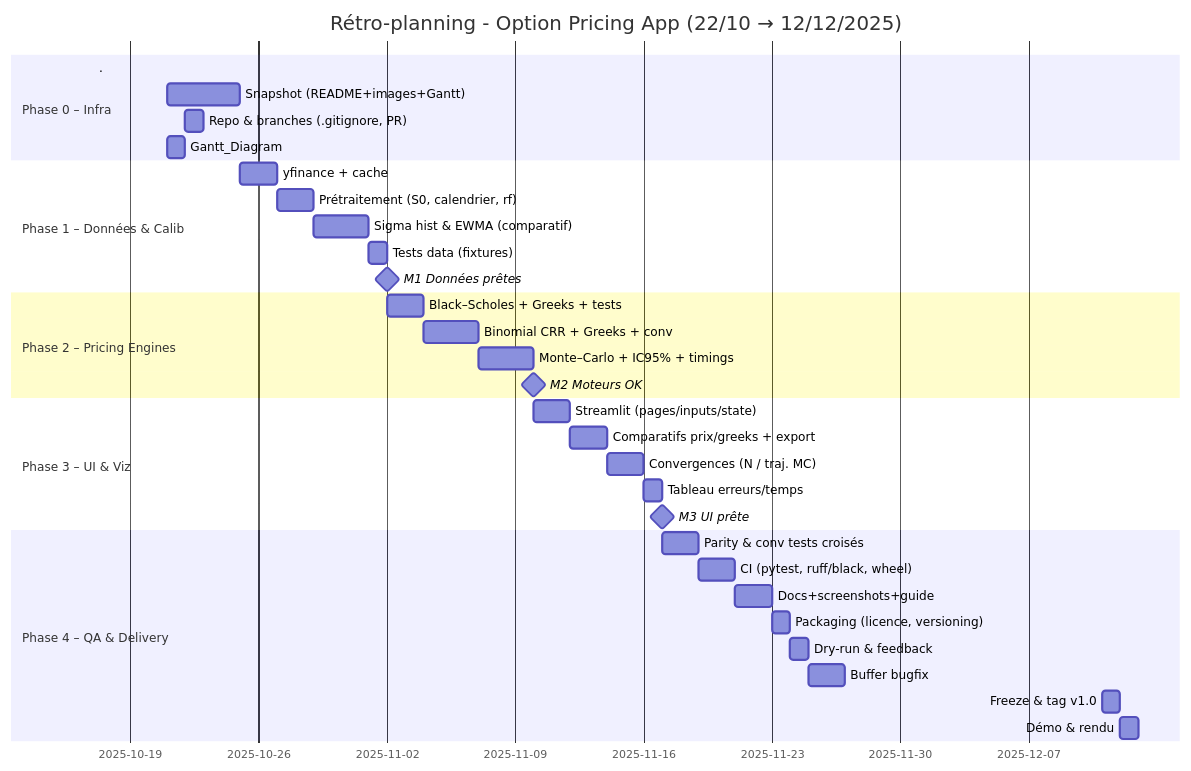
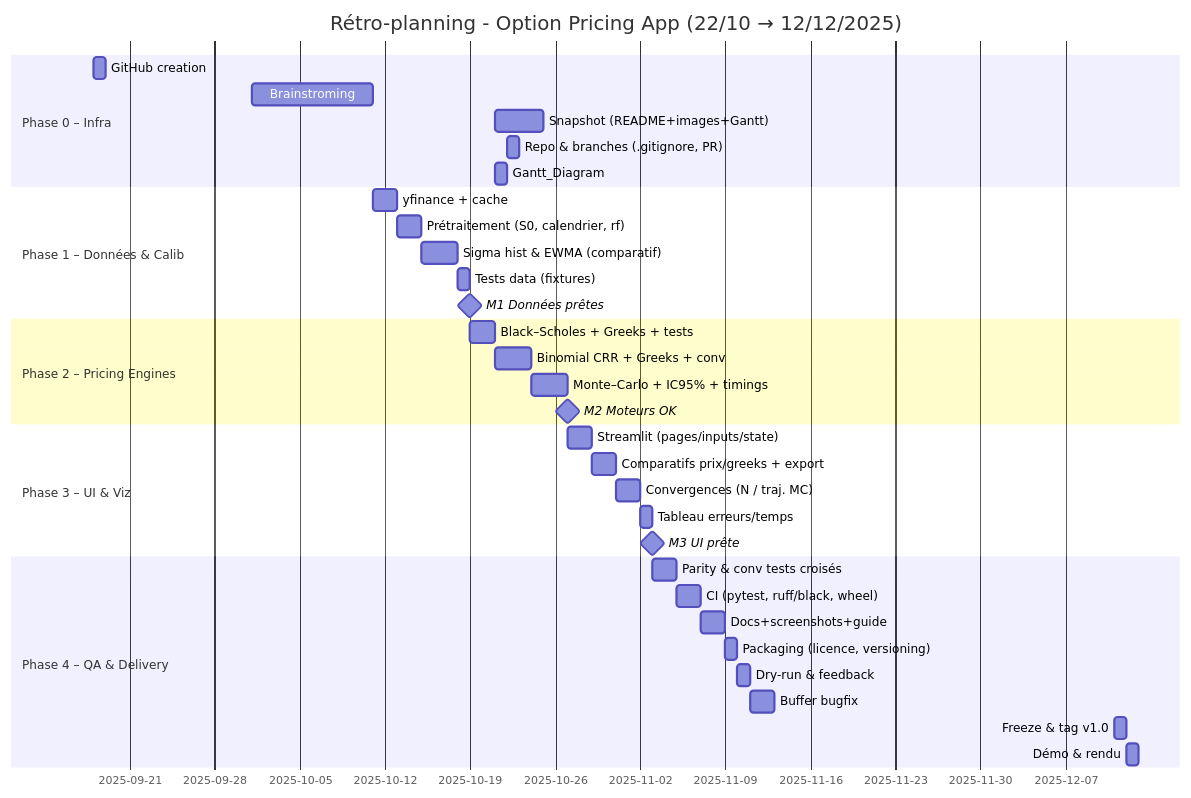
One commit to Karam-Benameur/stream_options changed the diagram in roadmap/Gantt_Diagram.md. Above: the diagram before and after it, drawn with Mermaid.

````diff
--- a/roadmap/Gantt_Diagram.md
+++ b/roadmap/Gantt_Diagram.md
@@ -1,44 +1,45 @@
 ```mermaid
 gantt
     title Rétro-planning - Option Pricing App (22/10 → 12/12/2025)
     dateFormat  YYYY-MM-DD
     %% aucune exclusion -> pas de bandes jaunes
 
     section Phase 0 – Infra
-    .                                   :s1, 2025-10-17, 0d
-    Snapshot (README+images+Gantt)      :s2, 2025-10-21, 4d
-    Repo & branches (.gitignore, PR)    :s3, 2025-10-22, 1d
-    Gantt_Diagram                       :s4, 2025-10-21, 1d
+    GitHub creation                     :s1, 2025-09-18, 1d
+    Brainstroming                       :s2, 2025-10-01, 10d
+    Snapshot (README+images+Gantt)      :s3, 2025-10-21, 4d
+    Repo & branches (.gitignore, PR)    :s4, 2025-10-22, 1d
+    Gantt_Diagram                       :s5, 2025-10-21, 1d
 
     section Phase 1 – Données & Calib
     yfinance + cache                     :d1, after s2, 2d
     Prétraitement (S0, calendrier, rf)   :d2, after d1, 2d
     Sigma hist & EWMA (comparatif)       :d3, after d2, 3d
     Tests data (fixtures)                :d4, after d3, 1d
     M1 Données prêtes                    :milestone, m1, after d4, 0d
 
     section Phase 2 – Pricing Engines
     Black–Scholes + Greeks + tests       :p1, after m1, 2d
     Binomial CRR + Greeks + conv         :p2, after p1, 3d
     Monte–Carlo + IC95% + timings        :p3, after p2, 3d
     M2 Moteurs OK                        :milestone, m2, after p3, 0d
 
     section Phase 3 – UI & Viz
     Streamlit (pages/inputs/state)       :u1, after m2, 2d
     Comparatifs prix/greeks + export     :u2, after u1, 2d
     Convergences (N / traj. MC)          :u3, after u2, 2d
     Tableau erreurs/temps                :u4, after u3, 1d
     M3 UI prête                          :milestone, m3, after u4, 0d
 
     section Phase 4 – QA & Delivery
     Parity & conv tests croisés          :q1, after m3, 2d
     CI (pytest, ruff/black, wheel)       :q2, after q1, 2d
     Docs+screenshots+guide               :q3, after q2, 2d
     Packaging (licence, versioning)      :q4, after q3, 1d
     Dry-run & feedback                   :q5, after q4, 1d
     Buffer bugfix                        :q6, after q5, 2d
     Freeze & tag v1.0                    :rel, 2025-12-11, 1d
     Démo & rendu                         :fin, 2025-12-12, 1d
 
 
 ```
````
